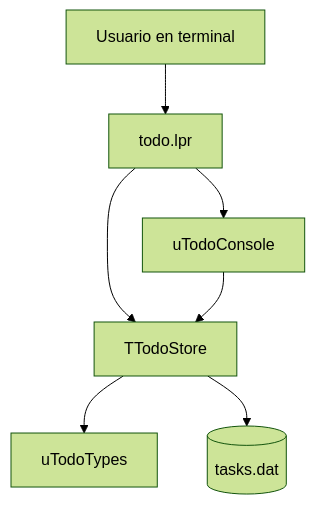
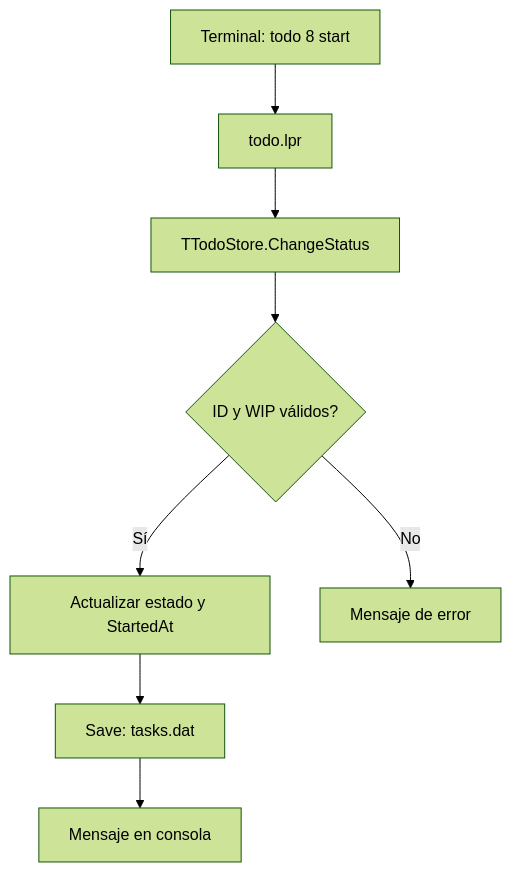
Before and after one commit to WalexNet/todo_kanban_cli: the first of 2 diagrams in docs/INFORME.md, drawn with Mermaid (forest theme). The commit also changed other lines of this file and 2 other files, not shown here.

Commit message:
docs: update documentation for configurable WIP

````diff
--- a/docs/INFORME.md
+++ b/docs/INFORME.md
@@ -27,9 +9,10 @@
 ```mermaid
 flowchart TD
-    A[Usuario en terminal] --> B[todo.lpr]
-    B --> C[uTodoConsole]
-    B --> D[TTodoStore]
-    C --> D
-    D --> E[uTodoTypes]
-    D --> F[(tasks.dat)]
+    A[Terminal: todo 8 start] --> B[todo.lpr]
+    B --> C[TTodoStore.ChangeStatus]
+    C --> D{ID y WIP válidos?}
+    D -->|Sí| E[Actualizar estado y StartedAt]
+    E --> F[Save: tasks.dat]
+    F --> G[Mensaje en consola]
+    D -->|No| H[Mensaje de error]
 ```
````
